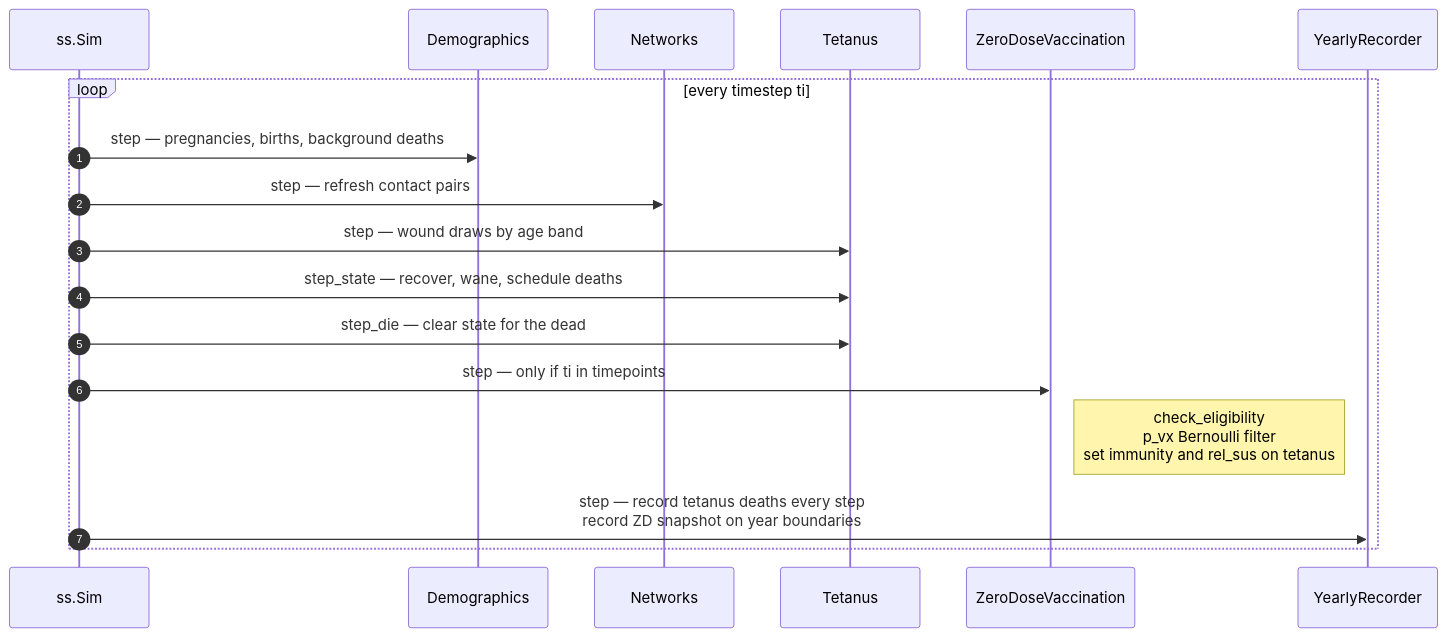
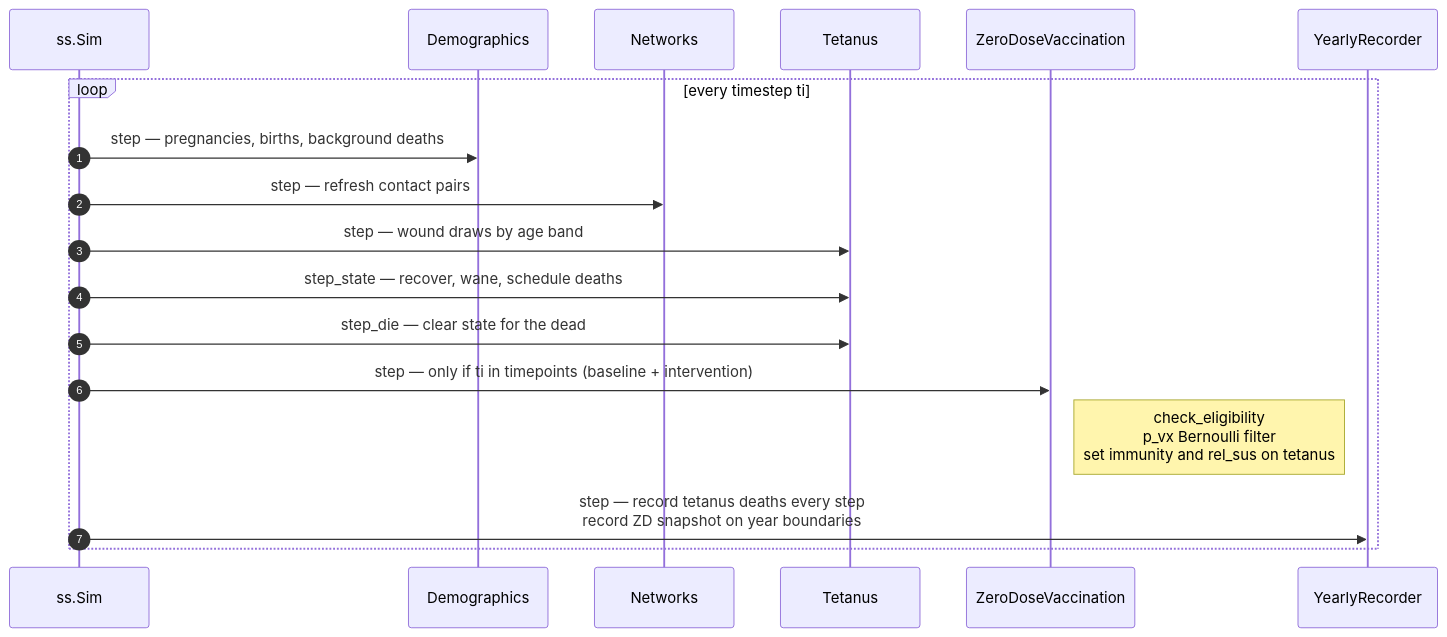
Before and after one commit to starsimhub/zdsim: the seventh of 12 diagrams in docs/ARCHITECTURE.md, drawn with Mermaid. The commit also changed other lines of this file, not shown here.

Commit message:
updated architecture doc

````diff
--- a/docs/ARCHITECTURE.md
+++ b/docs/ARCHITECTURE.md
@@ -262,21 +275,21 @@
 ```mermaid
 sequenceDiagram
     autonumber
     participant Sim as ss.Sim
     participant Dem as Demographics
     participant Net as Networks
     participant Dis as Tetanus
     participant Inv as ZeroDoseVaccination
     participant Ana as YearlyRecorder
 
     loop every timestep ti
         Sim->>Dem: step — pregnancies, births, background deaths
         Sim->>Net: step — refresh contact pairs
         Sim->>Dis: step — wound draws by age band
         Sim->>Dis: step_state — recover, wane, schedule deaths
         Sim->>Dis: step_die — clear state for the dead
-        Sim->>Inv: step — only if ti in timepoints
+        Sim->>Inv: step — only if ti in timepoints (baseline + intervention)
         Note right of Inv: check_eligibility<br/>p_vx Bernoulli filter<br/>set immunity and rel_sus on tetanus
         Sim->>Ana: step — record tetanus deaths every step<br/>record ZD snapshot on year boundaries
     end
 ```
````
